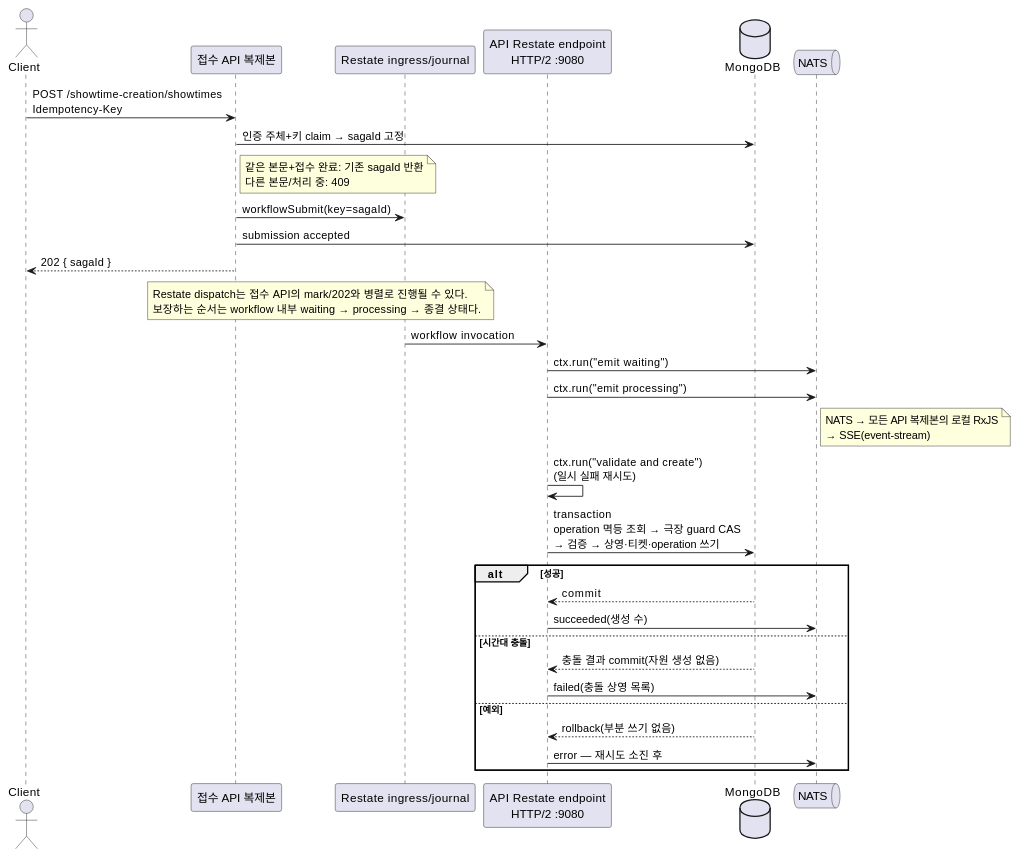
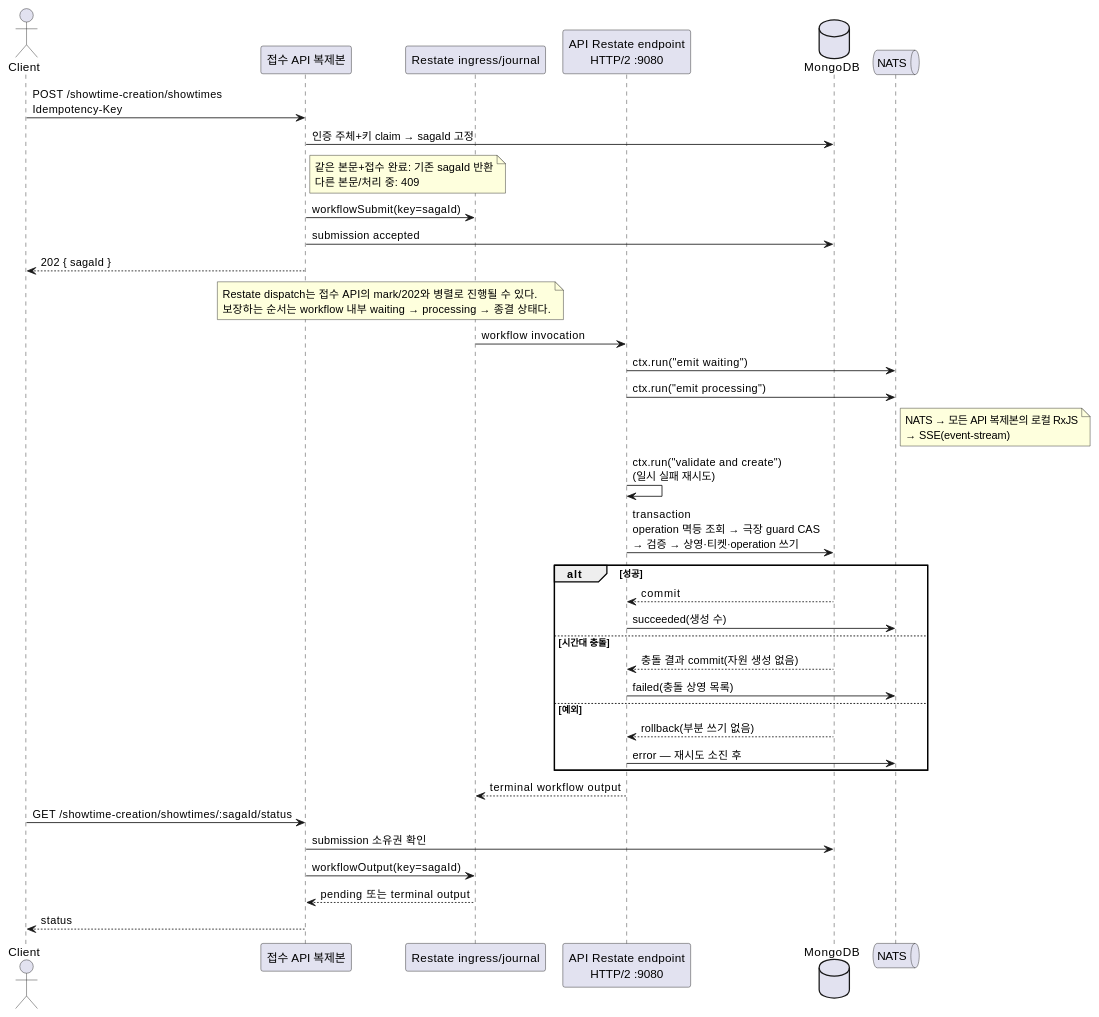
One commit to mannercode/nest-seed changed the second of 2 diagrams in docs/apps.md. Above: the diagram before and after it, drawn with PlantUML. The commit also changed other lines of this file and 19 other files, not shown here.

Commit message:
fix(showtime): make saga completion durable

````diff
--- a/docs/apps.md
+++ b/docs/apps.md
@@ -230,44 +231,50 @@
 ```plantuml
 @startuml
 actor Client
 participant "접수 API 복제본" as API
 participant "Restate ingress/journal" as Restate
 participant "API Restate endpoint\nHTTP/2 :9080" as Endpoint
 database MongoDB as mongo
 queue NATS
 
 Client -> API: POST /showtime-creation/showtimes\nIdempotency-Key
 API -> mongo: 인증 주체+키 claim → sagaId 고정
 note right of API
   같은 본문+접수 완료: 기존 sagaId 반환
   다른 본문/처리 중: 409
 end note
 API -> Restate: workflowSubmit(key=sagaId)
 API -> mongo: submission accepted
 API --> Client: 202 { sagaId }
 note over API, Restate
   Restate dispatch는 접수 API의 mark/202와 병렬로 진행될 수 있다.
   보장하는 순서는 workflow 내부 waiting → processing → 종결 상태다.
 end note
 
 Restate -> Endpoint: workflow invocation
 Endpoint -> NATS: ctx.run("emit waiting")
 Endpoint -> NATS: ctx.run("emit processing")
 note right of NATS
   NATS → 모든 API 복제본의 로컬 RxJS
   → SSE(event-stream)
 end note
 Endpoint -> Endpoint: ctx.run("validate and create")\n(일시 실패 재시도)
 Endpoint -> mongo: transaction\noperation 멱등 조회 → 극장 guard CAS\n→ 검증 → 상영·티켓·operation 쓰기
 alt 성공
     mongo --> Endpoint: commit
     Endpoint -> NATS: succeeded(생성 수)
 else 시간대 충돌
     mongo --> Endpoint: 충돌 결과 commit(자원 생성 없음)
     Endpoint -> NATS: failed(충돌 상영 목록)
 else 예외
     mongo --> Endpoint: rollback(부분 쓰기 없음)
     Endpoint -> NATS: error — 재시도 소진 후
 end
+Endpoint --> Restate: terminal workflow output
+Client -> API: GET /showtime-creation/showtimes/:sagaId/status
+API -> mongo: submission 소유권 확인
+API -> Restate: workflowOutput(key=sagaId)
+Restate --> API: pending 또는 terminal output
+API --> Client: status
 @enduml
 ```
````
